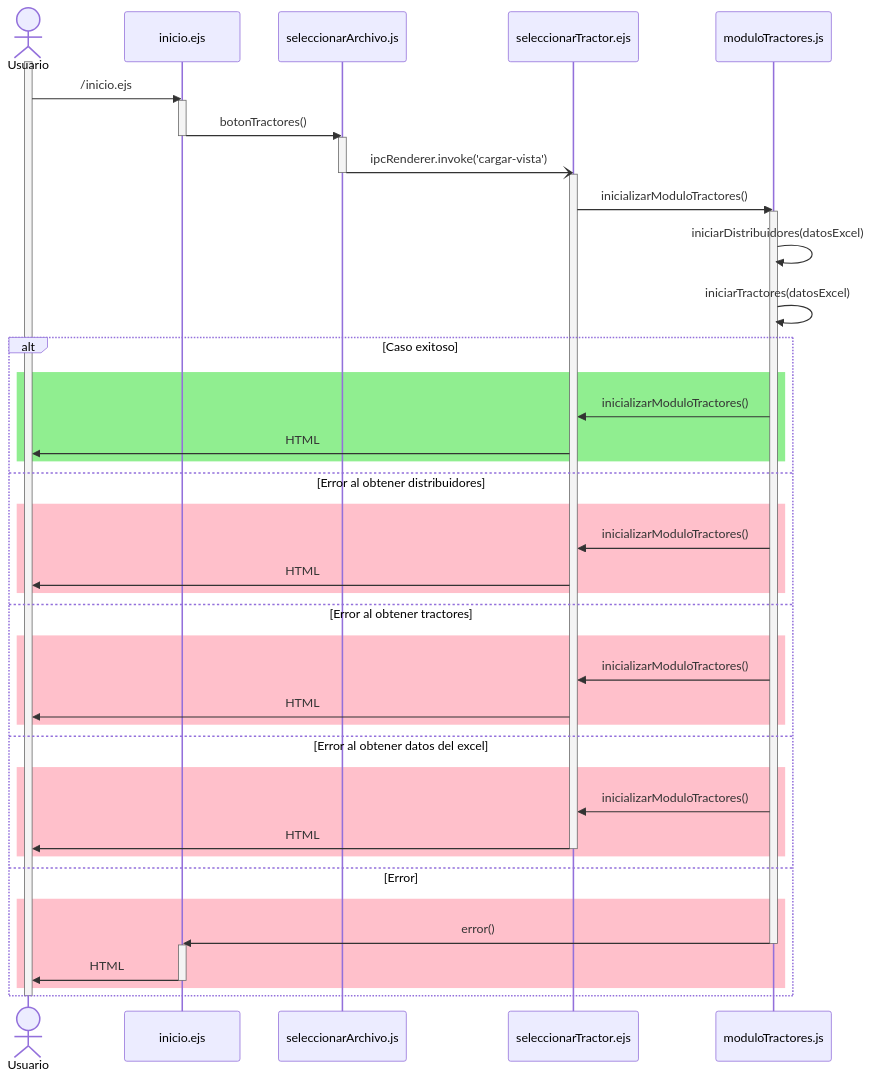
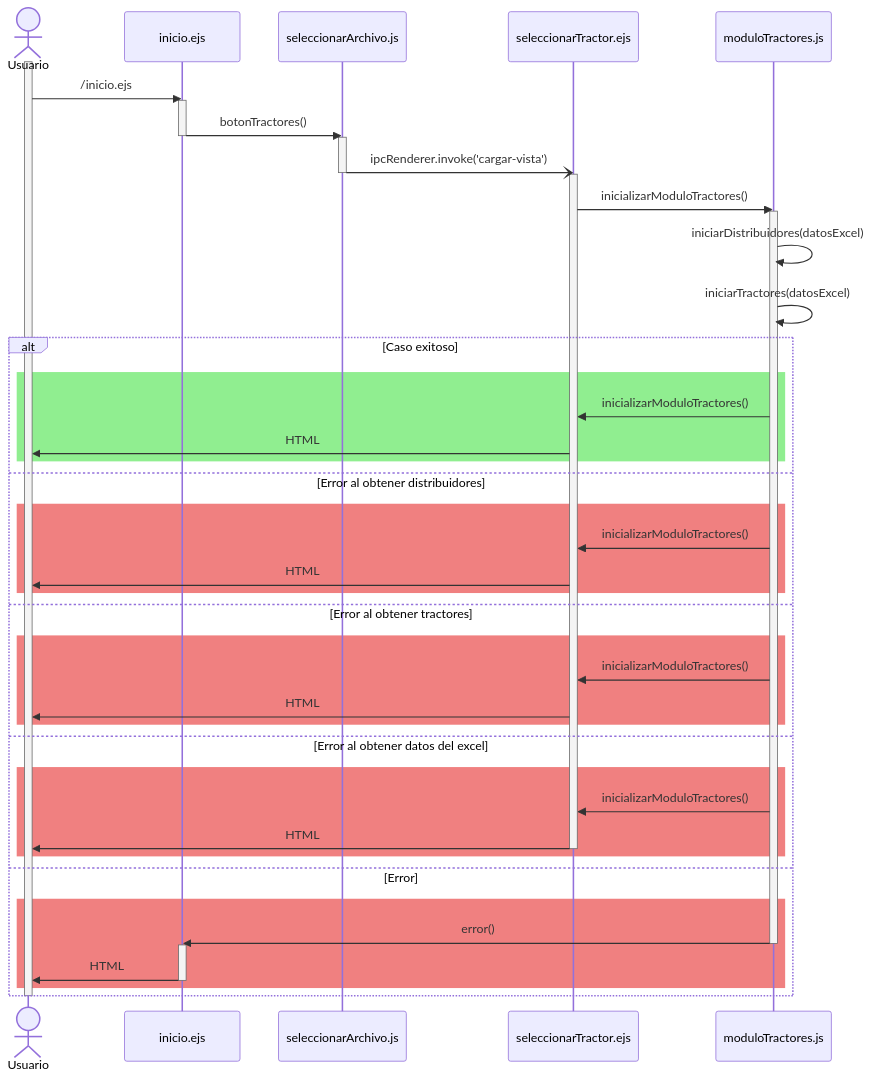
The diagram in documentation/docs/proyectos/tractores/documentacion/requisitos/RF13.md (CodeAnd-Co/Documentacion), drawn with Mermaid before and after one commit. The commit also changed 1 other file, not shown here.

Commit message:
Cambiar color de casos de error

````diff
--- a/documentation/docs/proyectos/tractores/documentacion/requisitos/RF13.md
+++ b/documentation/docs/proyectos/tractores/documentacion/requisitos/RF13.md
@@ -27,54 +27,54 @@
 ```mermaid
 sequenceDiagram
     actor Usuario
     participant vistaInicio as inicio.ejs
     participant seleccionarArchivo as seleccionarArchivo.js
     participant vistaTractores as seleccionarTractor.ejs
     participant moduloTractores as moduloTractores.js
 
     activate Usuario
     Usuario->>vistaInicio: /inicio.ejs
     activate vistaInicio
     vistaInicio->>seleccionarArchivo: botonTractores()
     deactivate vistaInicio
     activate seleccionarArchivo
     seleccionarArchivo-)vistaTractores: ipcRenderer.invoke('cargar-vista');
     deactivate seleccionarArchivo
     activate vistaTractores
     vistaTractores->>moduloTractores: inicializarModuloTractores()
     activate moduloTractores
     moduloTractores->>moduloTractores: iniciarDistribuidores(datosExcel)
     moduloTractores->>moduloTractores: iniciarTractores(datosExcel)
     alt Caso exitoso
       rect Lightgreen
       moduloTractores->>vistaTractores: inicializarModuloTractores()
       vistaTractores->>Usuario: HTML
       end
     else Error al obtener distribuidores
-      rect Pink
+      rect Lightcoral
       moduloTractores->>vistaTractores: inicializarModuloTractores()
       vistaTractores->>Usuario: HTML
       end
     else Error al obtener tractores
-      rect Pink
+      rect Lightcoral
       moduloTractores->>vistaTractores: inicializarModuloTractores()
       vistaTractores->>Usuario: HTML
       end
     else Error al obtener datos del excel
-      rect Pink
+      rect Lightcoral
       moduloTractores->>vistaTractores: inicializarModuloTractores()
       vistaTractores->>Usuario: HTML
       deactivate vistaTractores
       end
     else Error
-      rect Pink
+      rect Lightcoral
       moduloTractores->>vistaInicio: error()
       deactivate moduloTractores
       activate vistaInicio
       vistaInicio->>Usuario: HTML
       deactivate vistaInicio
       end
     end 
     deactivate Usuario
 
 ```
````
